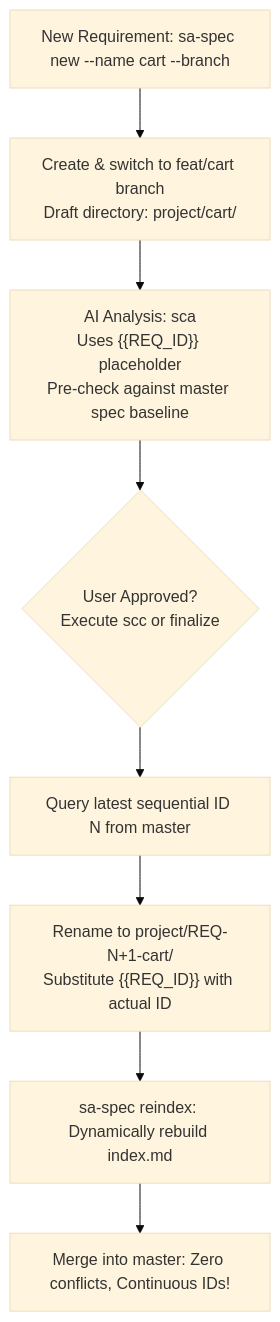
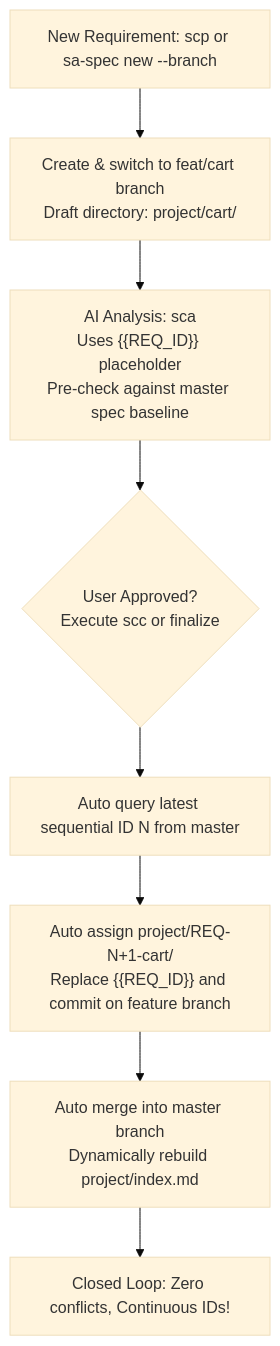
The diagram in README.en.md (lovius215/ai_spec), drawn with Mermaid (base theme) before and after one commit. The commit also changed other lines of this file and 12 other files, not shown here.

Commit message:
feat: spec:commit (scc) 自動向主分支領取新號、建立提交並自動合併回主分支

````diff
--- a/README.en.md
+++ b/README.en.md
@@ -103,10 +103,10 @@
 ```mermaid
 flowchart TD
-    A["New Requirement: sa-spec new --name cart --branch"] --> B["Create & switch to feat/cart branch<br/>Draft directory: project/cart/"]
+    A["New Requirement: scp or sa-spec new --branch"] --> B["Create & switch to feat/cart branch<br/>Draft directory: project/cart/"]
     B --> C["AI Analysis: sca<br/>Uses {{REQ_ID}} placeholder<br/>Pre-check against master spec baseline"]
     C --> D{"User Approved?<br/>Execute scc or finalize"}
-    D --> E["Query latest sequential ID N from master"]
-    E --> F["Rename to project/REQ-N+1-cart/<br/>Substitute {{REQ_ID}} with actual ID"]
-    F --> G["sa-spec reindex: Dynamically rebuild index.md"]
-    G --> H["Merge into master: Zero conflicts, Continuous IDs!"]
+    D --> E["Auto query latest sequential ID N from master"]
+    E --> F["Auto assign project/REQ-N+1-cart/<br/>Replace {{REQ_ID}} and commit on feature branch"]
+    F --> G["Auto merge into master branch<br/>Dynamically rebuild project/index.md"]
+    G --> H["Closed Loop: Zero conflicts, Continuous IDs!"]
 ```
````
